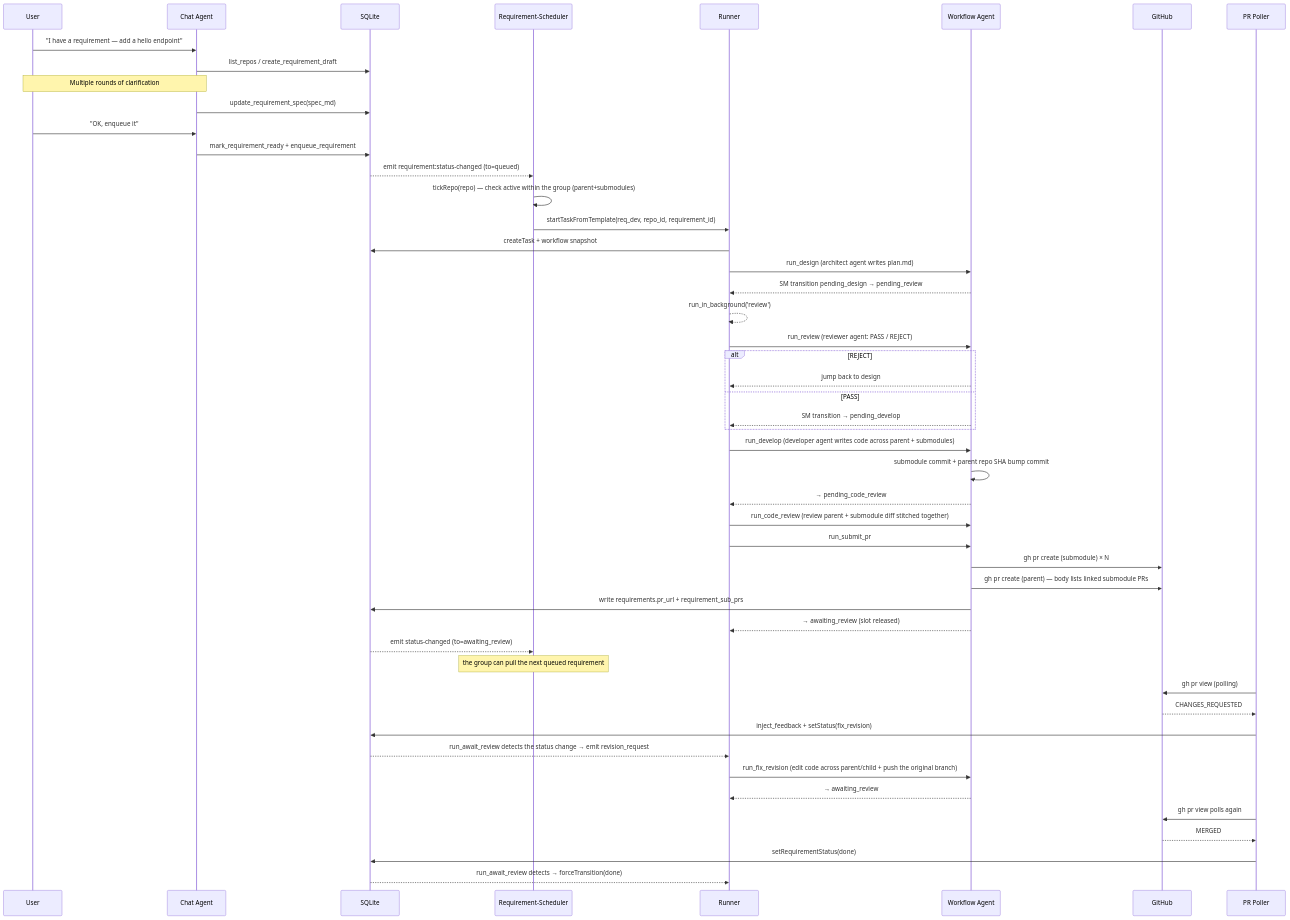
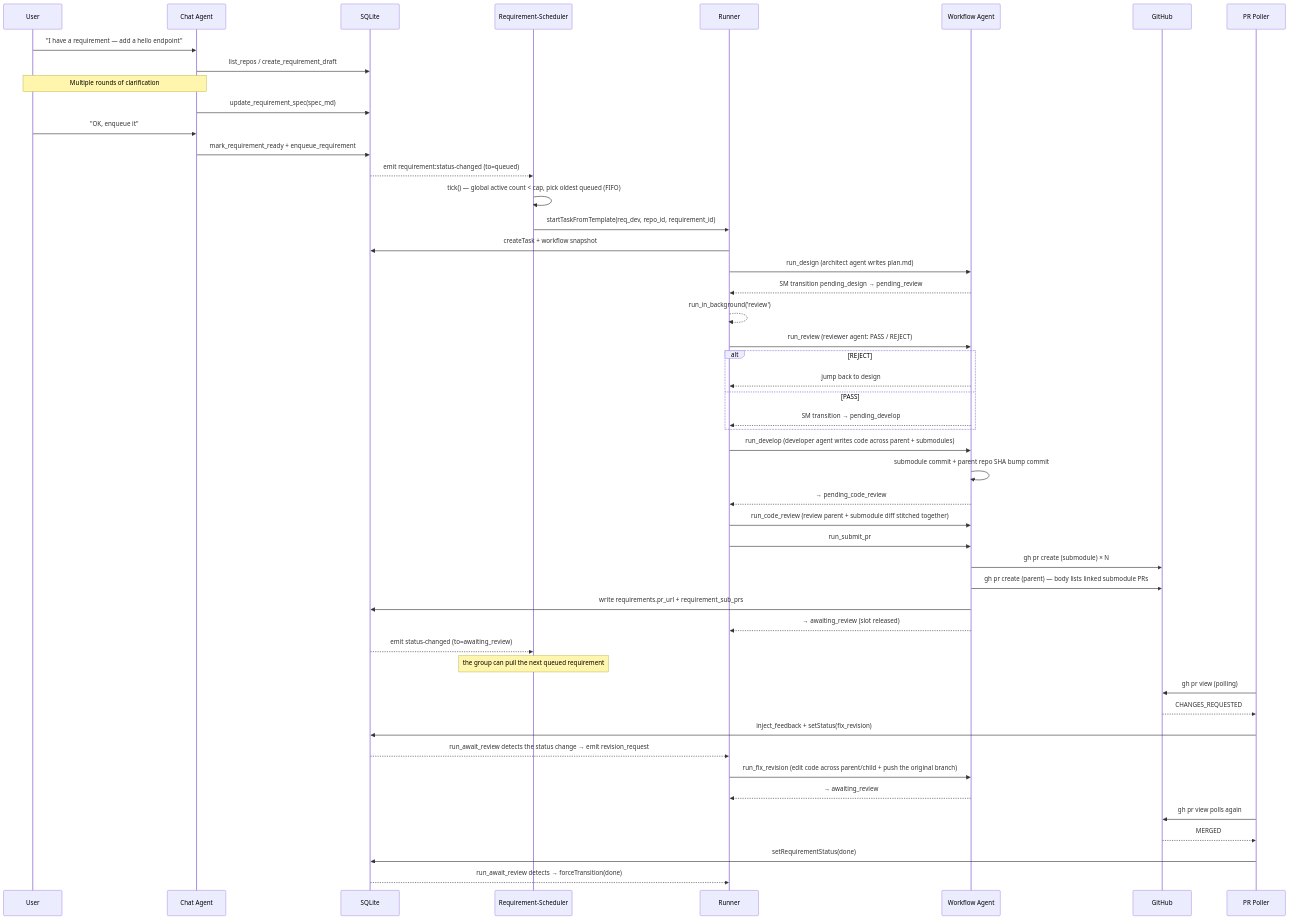
One commit to larrygogo/autopilot changed the second of 2 diagrams in docs/en/architecture.md. Above: the diagram before and after it, drawn with Mermaid. The commit also changed other lines of this file and 6 other files, not shown here.

Commit message:
refactor(daemon): 调度器纯全局上限 FIFO（Stage 2/4）—— 删按仓库串行（沙盒隔离后仓库非冲突域），全局并发上限内 created_at 先进先出、一次事件填满空槽；无库需求可调度（失败可见替代静默死锁）；daemon 启动补 tick 捡存量 queued

````diff
--- a/docs/en/architecture.md
+++ b/docs/en/architecture.md
@@ -138,59 +138,59 @@
 ```mermaid
 sequenceDiagram
     participant U as User
     participant Chat as Chat Agent
     participant DB as SQLite
     participant Sch as Requirement-Scheduler
     participant R as Runner
     participant A as Workflow Agent
     participant GH as GitHub
     participant PRP as PR Poller
 
     U->>Chat: "I have a requirement — add a hello endpoint"
     Chat->>DB: list_repos / create_requirement_draft
     Note over Chat,U: Multiple rounds of clarification
     Chat->>DB: update_requirement_spec(spec_md)
     U->>Chat: "OK, enqueue it"
     Chat->>DB: mark_requirement_ready + enqueue_requirement
     DB-->>Sch: emit requirement:status-changed (to=queued)
 
-    Sch->>Sch: tickRepo(repo) — check active within the group (parent+submodules)
+    Sch->>Sch: tick() — global active count < cap, pick oldest queued (FIFO)
     Sch->>R: startTaskFromTemplate(req_dev, repo_id, requirement_id)
     R->>DB: createTask + workflow snapshot
     R->>A: run_design (architect agent writes plan.md)
     A-->>R: SM transition pending_design → pending_review
     R-->>R: run_in_background('review')
 
     R->>A: run_review (reviewer agent: PASS / REJECT)
     alt REJECT
         A-->>R: jump back to design
     else PASS
         A-->>R: SM transition → pending_develop
     end
 
     R->>A: run_develop (developer agent writes code across parent + submodules)
     A->>A: submodule commit + parent repo SHA bump commit
     A-->>R: → pending_code_review
 
     R->>A: run_code_review (review parent + submodule diff stitched together)
     R->>A: run_submit_pr
     A->>GH: gh pr create (submodule) × N
     A->>GH: gh pr create (parent) — body lists linked submodule PRs
     A->>DB: write requirements.pr_url + requirement_sub_prs
 
     A-->>R: → awaiting_review (slot released)
     DB-->>Sch: emit status-changed (to=awaiting_review)
     Note over Sch: the group can pull the next queued requirement
 
     PRP->>GH: gh pr view (polling)
     GH-->>PRP: CHANGES_REQUESTED
     PRP->>DB: inject_feedback + setStatus(fix_revision)
     DB-->>R: run_await_review detects the status change → emit revision_request
     R->>A: run_fix_revision (edit code across parent/child + push the original branch)
     A-->>R: → awaiting_review
 
     PRP->>GH: gh pr view polls again
     GH-->>PRP: MERGED
     PRP->>DB: setRequirementStatus(done)
     DB-->>R: run_await_review detects → forceTransition(done)
 ```
````
